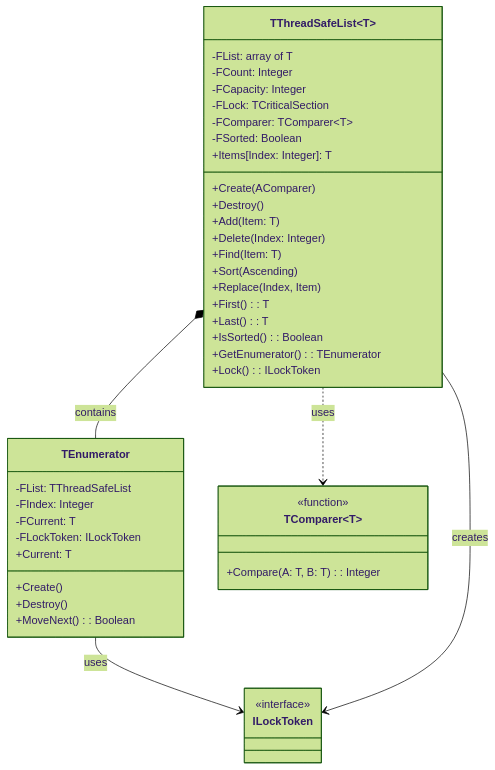
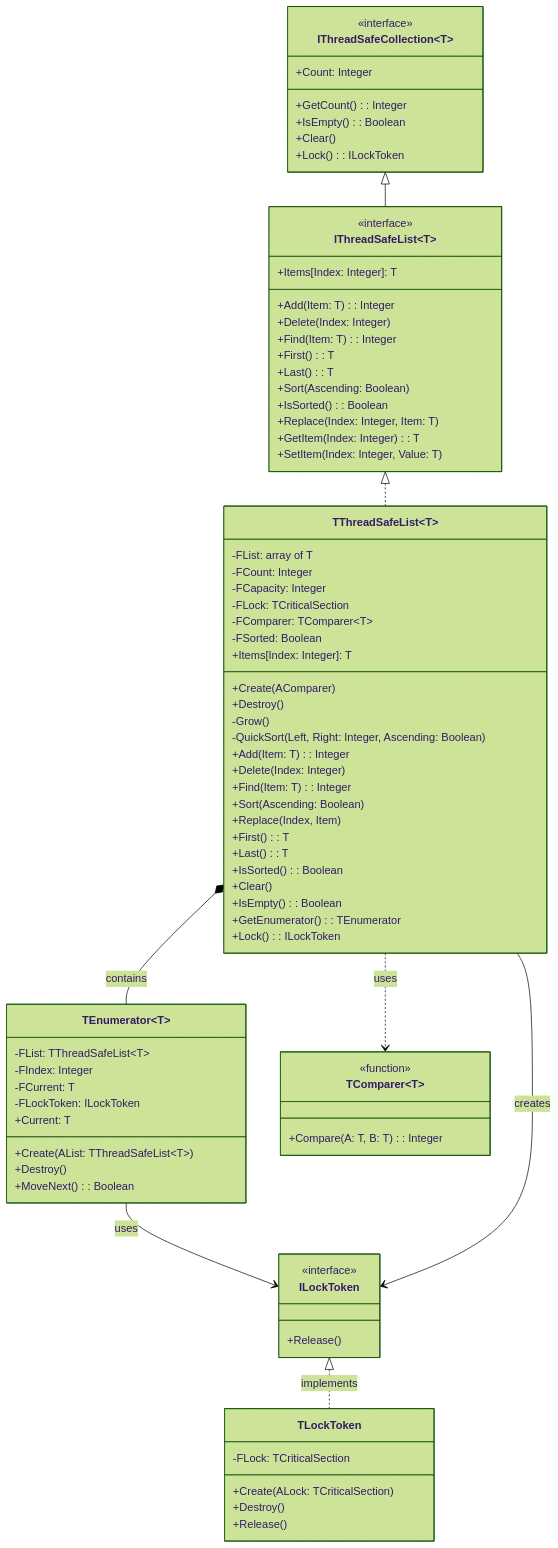
The diagram in docs/ThreadSafeCollections.List.md (ikelaiah/threadsafecollections-fp), drawn with Mermaid (forest theme) before and after one commit. The commit also changed 2 other files, not shown here.

Commit message:
Update - Updated docs for Dictionary, HashSet, and List

````diff
--- a/docs/ThreadSafeCollections.List.md
+++ b/docs/ThreadSafeCollections.List.md
@@ -5,49 +5,88 @@
 ```mermaid
 classDiagram
-class TThreadSafeList~T~ {
-  -FList: array of T
-  -FCount: Integer
-  -FCapacity: Integer
-  -FLock: TCriticalSection
-  -FComparer: TComparer~T~
-  -FSorted: Boolean
-  +Create(AComparer)
-  +Destroy()
-  +Add(Item: T)
-  +Delete(Index: Integer)
-  +Find(Item: T)
-  +Sort(Ascending)
-  +Replace(Index, Item)
-  +First(): T
-  +Last(): T
-  +IsSorted(): Boolean
-  +Items[Index: Integer]: T
-  +GetEnumerator(): TEnumerator
-  +Lock(): ILockToken
-}
+    class IThreadSafeCollection~T~ {
+        <<interface>>
+        +GetCount(): Integer
+        +IsEmpty(): Boolean
+        +Clear()
+        +Lock(): ILockToken
+        +Count: Integer
+    }
 
-class TEnumerator {
-  -FList: TThreadSafeList
-  -FIndex: Integer
-  -FCurrent: T
-  -FLockToken: ILockToken
-  +Create()
-  +Destroy()
-  +MoveNext(): Boolean
-  +Current: T
-}
+    class IThreadSafeList~T~ {
+        <<interface>>
+        +Add(Item: T): Integer
+        +Delete(Index: Integer)
+        +Find(Item: T): Integer
+        +First(): T
+        +Last(): T
+        +Sort(Ascending: Boolean)
+        +IsSorted(): Boolean
+        +Replace(Index: Integer, Item: T)
+        +GetItem(Index: Integer): T
+        +SetItem(Index: Integer, Value: T)
+        +Items[Index: Integer]: T
+    }
 
-class ILockToken {
-  <<interface>>
-}
+    class TThreadSafeList~T~ {
+        -FList: array of T
+        -FCount: Integer
+        -FCapacity: Integer
+        -FLock: TCriticalSection
+        -FComparer: TComparer~T~
+        -FSorted: Boolean
+        +Create(AComparer)
+        +Destroy()
+        -Grow()
+        -QuickSort(Left, Right: Integer, Ascending: Boolean)
+        +Add(Item: T): Integer
+        +Delete(Index: Integer)
+        +Find(Item: T): Integer
+        +Sort(Ascending: Boolean)
+        +Replace(Index, Item)
+        +First(): T
+        +Last(): T
+        +IsSorted(): Boolean
+        +Clear()
+        +IsEmpty(): Boolean
+        +Items[Index: Integer]: T
+        +GetEnumerator(): TEnumerator
+        +Lock(): ILockToken
+    }
 
-class TComparer~T~ {
-  <<function>>
-  +Compare(A: T, B: T): Integer
-}
+    class TEnumerator~T~ {
+        -FList: TThreadSafeList~T~
+        -FIndex: Integer
+        -FCurrent: T
+        -FLockToken: ILockToken
+        +Create(AList: TThreadSafeList~T~)
+        +Destroy()
+        +MoveNext(): Boolean
+        +Current: T
+    }
 
-TThreadSafeList ..> TComparer : uses
-TThreadSafeList *-- TEnumerator : contains
-TEnumerator --> ILockToken : uses
-TThreadSafeList --> ILockToken : creates
+    class ILockToken {
+        <<interface>>
+        +Release()
+    }
+
+    class TLockToken {
+        -FLock: TCriticalSection
+        +Create(ALock: TCriticalSection)
+        +Destroy()
+        +Release()
+    }
+
+    class TComparer~T~ {
+        <<function>>
+        +Compare(A: T, B: T): Integer
+    }
+
+    IThreadSafeCollection~T~ <|-- IThreadSafeList~T~
+    IThreadSafeList~T~ <|.. TThreadSafeList~T~
+    TThreadSafeList~T~ ..> TComparer~T~ : uses
+    TThreadSafeList~T~ *-- TEnumerator~T~ : contains
+    TEnumerator~T~ --> ILockToken : uses
+    TThreadSafeList~T~ --> ILockToken : creates
+    ILockToken <|.. TLockToken : implements
 ```
````
